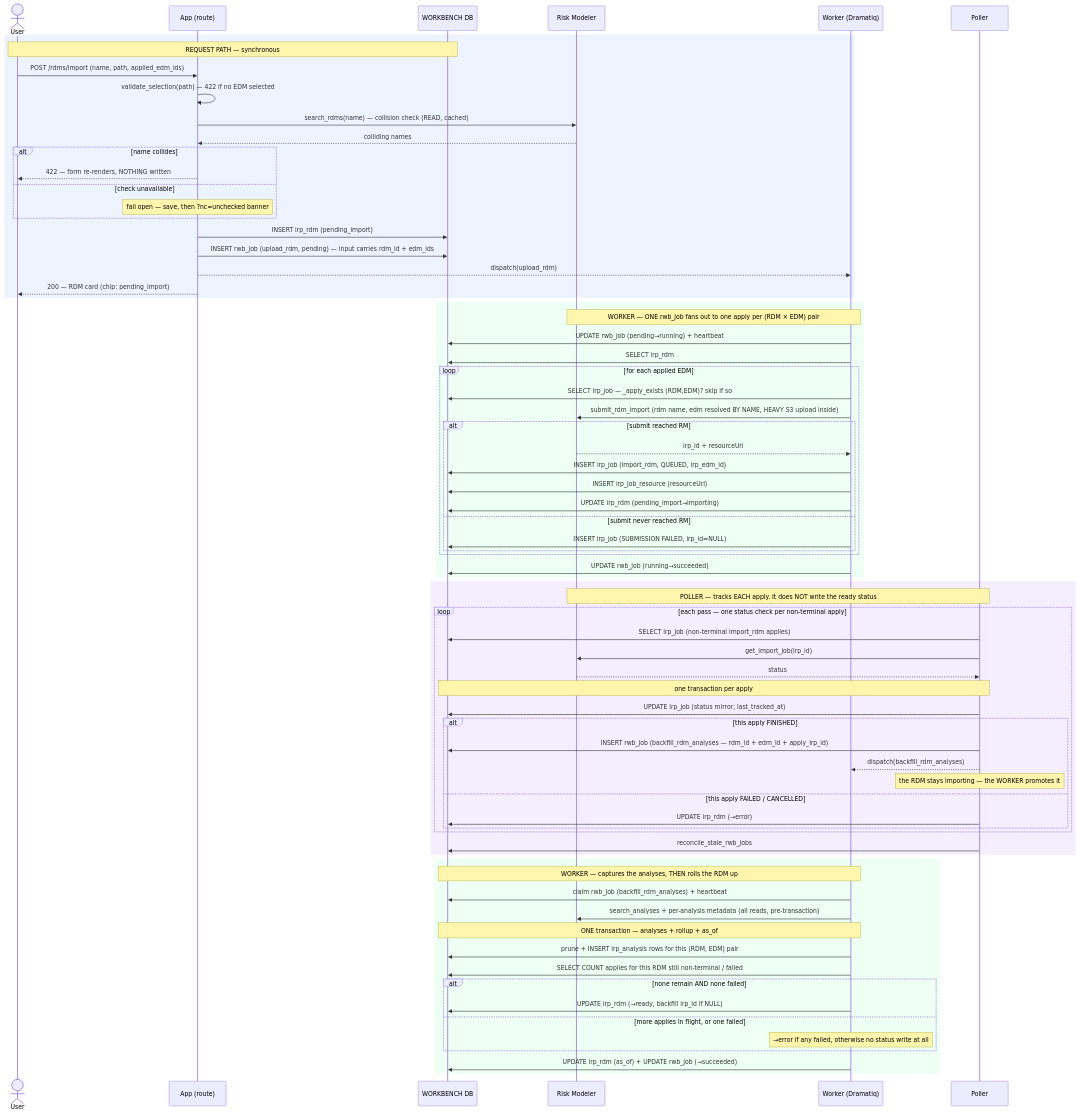
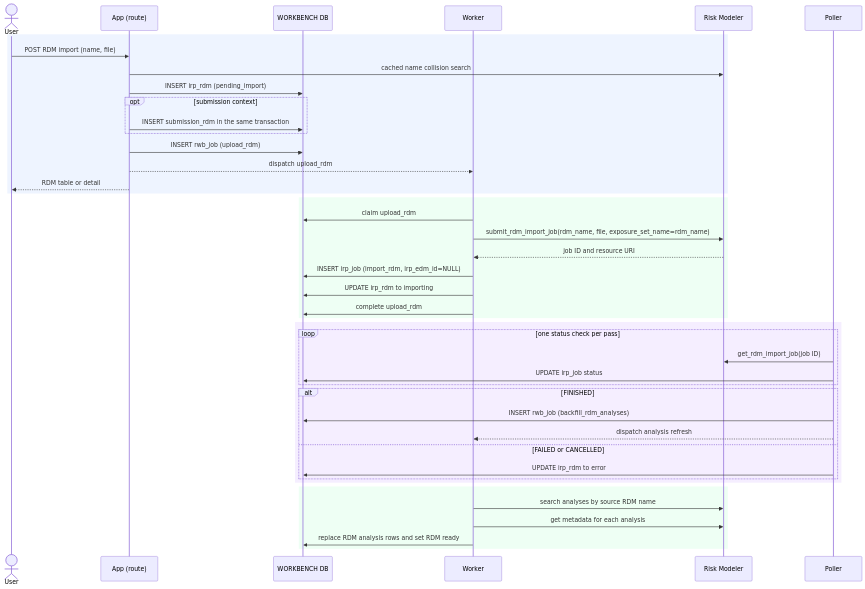
One commit to anilvenugopal/risk-workbench changed the diagram in docs/sequence_diagrams/entities/import_rdm.md. Above: the diagram before and after it, drawn with Mermaid. The commit also changed other lines of this file and 22 other files, not shown here.

````diff
--- a/docs/sequence_diagrams/entities/import_rdm.md
+++ b/docs/sequence_diagrams/entities/import_rdm.md
@@ -51,79 +25,49 @@
 ```mermaid
 sequenceDiagram
     actor User
     participant App as App (route)
     participant DB as WORKBENCH DB
+    participant W as Worker
     participant RM as Risk Modeler
-    participant W as Worker (Dramatiq)
     participant P as Poller
 
     rect rgb(238,244,255)
-        Note over User,DB: REQUEST PATH — synchronous
-        User->>App: POST /rdms/import (name, path, applied_edm_ids)
-        App->>App: validate_selection(path) — 422 if no EDM selected
-        App->>RM: search_rdms(name) — collision check (READ, cached)
-        RM-->>App: colliding names
-        alt name collides
-            App-->>User: 422 — form re-renders, NOTHING written
-        else check unavailable
-            Note over App: fail open — save, then ?nc=unchecked banner
+        User->>App: POST RDM import (name, file)
+        App->>RM: cached name collision search
+        App->>DB: INSERT irp_rdm (pending_import)
+        opt submission context
+            App->>DB: INSERT submission_rdm in the same transaction
         end
-        App->>DB: INSERT irp_rdm (pending_import)
-        App->>DB: INSERT rwb_job (upload_rdm, pending) — input carries rdm_id + edm_ids
-        App-->>W: dispatch(upload_rdm)
-        App-->>User: 200 — RDM card (chip: pending_import)
+        App->>DB: INSERT rwb_job (upload_rdm)
+        App-->>W: dispatch upload_rdm
+        App-->>User: RDM table or detail
     end
 
     rect rgb(238,255,244)
-        Note over W,RM: WORKER — ONE rwb_job fans out to one apply per (RDM × EDM) pair
-        W->>DB: UPDATE rwb_job (pending→running) + heartbeat
-        W->>DB: SELECT irp_rdm
-        loop for each applied EDM
-            W->>DB: SELECT irp_job — _apply_exists (RDM,EDM)? skip if so
-            W->>RM: submit_rdm_import (rdm name, edm resolved BY NAME, HEAVY S3 upload inside)
-            alt submit reached RM
-                RM-->>W: irp_id + resourceUri
-                W->>DB: INSERT irp_job (import_rdm, QUEUED, irp_edm_id)
-                W->>DB: INSERT irp_job_resource (resourceUri)
-                W->>DB: UPDATE irp_rdm (pending_import→importing)
-            else submit never reached RM
-                W->>DB: INSERT irp_job (SUBMISSION FAILED, irp_id=NULL)
-            end
-        end
-        W->>DB: UPDATE rwb_job (running→succeeded)
+        W->>DB: claim upload_rdm
+        W->>RM: submit_rdm_import_job(rdm_name, file, exposure_set_name=rdm_name)
+        RM-->>W: job ID and resource URI
+        W->>DB: INSERT irp_job (import_rdm, irp_edm_id=NULL)
+        W->>DB: UPDATE irp_rdm to importing
+        W->>DB: complete upload_rdm
     end
 
     rect rgb(245,238,255)
-        Note over P,RM: POLLER — tracks EACH apply. It does NOT write the ready status
-        loop each pass — one status check per non-terminal apply
-            P->>DB: SELECT irp_job (non-terminal import_rdm applies)
-            P->>RM: get_import_job(irp_id)
-            RM-->>P: status
-            Note over P,DB: one transaction per apply
-            P->>DB: UPDATE irp_job (status mirror, last_tracked_at)
-            alt this apply FINISHED
-                P->>DB: INSERT rwb_job (backfill_rdm_analyses — rdm_id + edm_id + apply_irp_id)
-                P-->>W: dispatch(backfill_rdm_analyses)
-                Note over P: the RDM stays importing — the WORKER promotes it
-            else this apply FAILED / CANCELLED
-                P->>DB: UPDATE irp_rdm (→error)
-            end
+        loop one status check per pass
+            P->>RM: get_rdm_import_job(job ID)
+            P->>DB: UPDATE irp_job status
         end
-        P->>DB: reconcile_stale_rwb_jobs
+        alt FINISHED
+            P->>DB: INSERT rwb_job (backfill_rdm_analyses)
+            P-->>W: dispatch analysis refresh
+        else FAILED or CANCELLED
+            P->>DB: UPDATE irp_rdm to error
+        end
     end
 
     rect rgb(238,255,244)
-        Note over W,DB: WORKER — captures the analyses, THEN rolls the RDM up
-        W->>DB: claim rwb_job (backfill_rdm_analyses) + heartbeat
-        W->>RM: search_analyses + per-analysis metadata (all reads, pre-transaction)
-        Note over W,DB: ONE transaction — analyses + rollup + as_of
-        W->>DB: prune + INSERT irp_analysis rows for this (RDM, EDM) pair
-        W->>DB: SELECT COUNT applies for this RDM still non-terminal / failed
-        alt none remain AND none failed
-            W->>DB: UPDATE irp_rdm (→ready, backfill irp_id if NULL)
-        else more applies in flight, or one failed
-            Note over W: →error if any failed, otherwise no status write at all
-        end
-        W->>DB: UPDATE irp_rdm (as_of) + UPDATE rwb_job (→succeeded)
+        W->>RM: search analyses by source RDM name
+        W->>RM: get metadata for each analysis
+        W->>DB: replace RDM analysis rows and set RDM ready
     end
 ```
````
